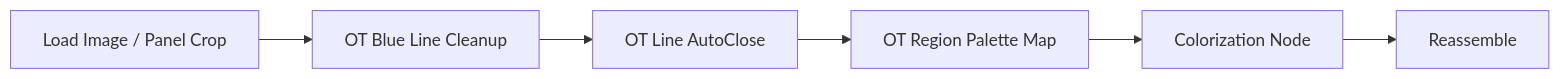
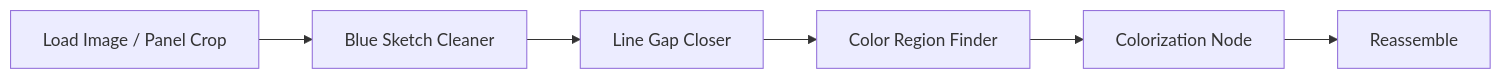
One commit to l2dnjsrud/ComfyUI-OpenToonzLineTools changed the second of 3 diagrams in docs/visual_pipeline.md. Above: the diagram before and after it, drawn with Mermaid. The commit also changed other lines of this file and 3 other files, not shown here.

````diff
--- a/docs/visual_pipeline.md
+++ b/docs/visual_pipeline.md
@@ -27,8 +27,8 @@
 ```mermaid
 flowchart LR
-    A[Load Image / Panel Crop] --> B[OT Blue Line Cleanup]
-    B --> C[OT Line AutoClose]
-    C --> D[OT Region Palette Map]
+    A[Load Image / Panel Crop] --> B[Blue Sketch Cleaner]
+    B --> C[Line Gap Closer]
+    C --> D[Color Region Finder]
     D --> E[Colorization Node]
     E --> F[Reassemble]
 ```
````
